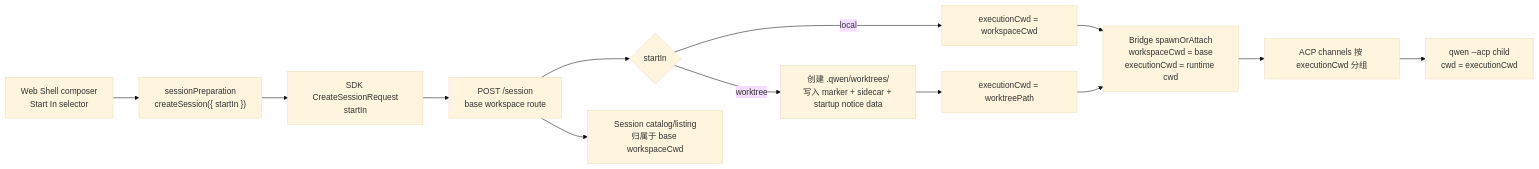
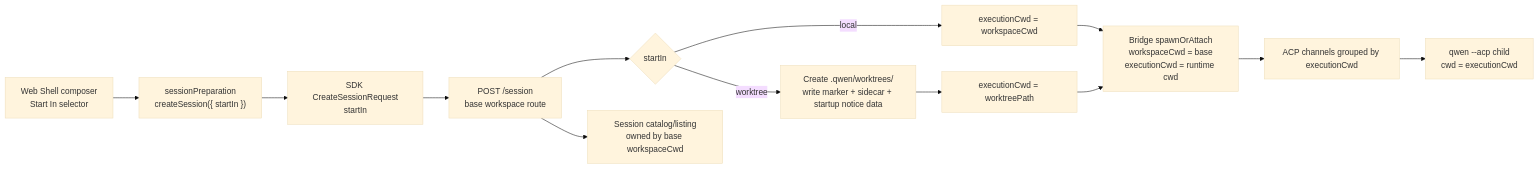
Before and after one commit to water-in-stone/qwen-code: the diagram in docs/design/web-ui/web-shell-start-in-selector.md, drawn with Mermaid (base theme). The commit also changed other lines of this file and 12 other files, not shown here.

````diff
--- a/docs/design/web-ui/web-shell-start-in-selector.md
+++ b/docs/design/web-ui/web-shell-start-in-selector.md
@@ -15,15 +15,15 @@
 ```mermaid
 flowchart LR
   UI["Web Shell composer<br/>Start In selector"] --> Prep["sessionPreparation<br/>createSession({ startIn })"]
   Prep --> SDK["SDK CreateSessionRequest<br/>startIn"]
   SDK --> Route["POST /session<br/>base workspace route"]
   Route --> WT{"startIn"}
   WT -->|local| Local["executionCwd = workspaceCwd"]
-  WT -->|worktree| CreateWT["创建 .qwen/worktrees/<auto-slug><br/>写入 marker + sidecar + startup notice data"]
+  WT -->|worktree| CreateWT["Create .qwen/worktrees/<auto-slug><br/>write marker + sidecar + startup notice data"]
   CreateWT --> Exec["executionCwd = worktreePath"]
   Local --> Bridge["Bridge spawnOrAttach<br/>workspaceCwd = base<br/>executionCwd = runtime cwd"]
   Exec --> Bridge
-  Bridge --> Channels["ACP channels 按 executionCwd 分组"]
+  Bridge --> Channels["ACP channels grouped by executionCwd"]
   Channels --> Child["qwen --acp child<br/>cwd = executionCwd"]
-  Route --> Catalog["Session catalog/listing<br/>归属于 base workspaceCwd"]
+  Route --> Catalog["Session catalog/listing<br/>owned by base workspaceCwd"]
 ```
````
